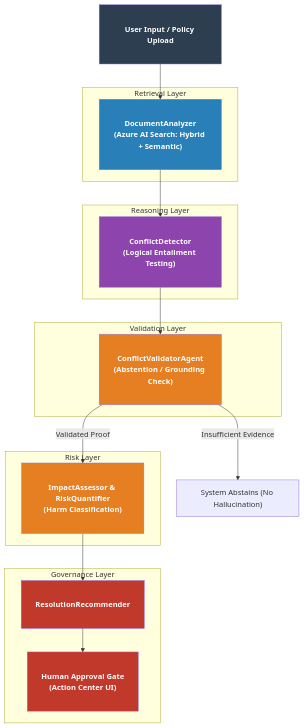
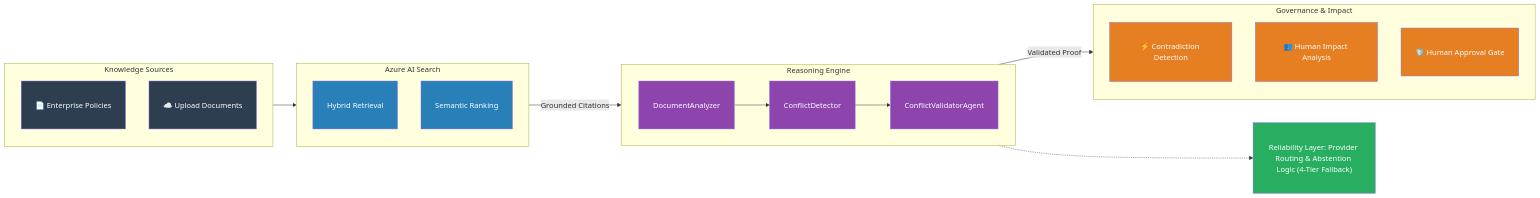
The diagram in README.md (acchasujal/conflictsense), drawn with Mermaid before and after one commit. The commit also changed other lines of this file, not shown here.

Commit message:
docs: overhaul README to use hero architecture and 4-screenshot progression

````diff
--- a/README.md
+++ b/README.md
@@ -55,44 +48,44 @@
 ```mermaid
-graph TD
+flowchart LR
     %% Styling
-    classDef user fill:#2C3E50,stroke:#none,color:#fff,font-weight:bold,padding:10px
-    classDef retrieve fill:#2980B9,stroke:#none,color:#fff,font-weight:bold,padding:10px
-    classDef reason fill:#8E44AD,stroke:#none,color:#fff,font-weight:bold,padding:10px
-    classDef validate fill:#E67E22,stroke:#none,color:#fff,font-weight:bold,padding:10px
-    classDef govern fill:#C0392B,stroke:#none,color:#fff,font-weight:bold,padding:10px
+    classDef input fill:#2C3E50,stroke:#none,color:#fff,padding:10px
+    classDef search fill:#2980B9,stroke:#none,color:#fff,padding:10px
+    classDef reason fill:#8E44AD,stroke:#none,color:#fff,padding:10px
+    classDef output fill:#E67E22,stroke:#none,color:#fff,padding:10px
+    classDef reliable fill:#27AE60,stroke:#none,color:#fff,padding:10px
 
-    %% Layers
-    INPUT["User Input / Policy Upload"]:::user
-    
-    subgraph Retrieval Layer
-        DA["DocumentAnalyzer<br/>(Azure AI Search: Hybrid + Semantic)"]:::retrieve
-    end
-    
-    subgraph Reasoning Layer
-        CD["ConflictDetector<br/>(Logical Entailment Testing)"]:::reason
-    end
-    
-    subgraph Validation Layer
-        VAL["ConflictValidatorAgent<br/>(Abstention / Grounding Check)"]:::validate
-    end
-    
-    subgraph Risk Layer
-        IA["ImpactAssessor & RiskQuantifier<br/>(Harm Classification)"]:::validate
+    %% Nodes
+    subgraph KNOWLEDGE["Knowledge Sources"]
+        direction TB
+        docs["📄 Enterprise Policies"]:::input
+        uploads["☁️ Upload Documents"]:::input
     end
 
-    subgraph Governance Layer
-        RR["ResolutionRecommender"]:::govern
-        GATE["Human Approval Gate<br/>(Action Center UI)"]:::govern
+    subgraph RETRIEVAL["Azure AI Search"]
+        direction TB
+        hybrid["Hybrid Retrieval"]:::search
+        semantic["Semantic Ranking"]:::search
     end
 
-    %% Flow
-    INPUT --> DA
-    DA --> CD
-    CD --> VAL
-    
-    VAL -- "Insufficient Evidence" --> ABSTAIN["System Abstains (No Hallucination)"]
-    VAL -- "Validated Proof" --> IA
-    
-    IA --> RR
-    RR --> GATE
+    subgraph ENGINE["Reasoning Engine"]
+        direction LR
+        DA["DocumentAnalyzer"]:::reason --> CD["ConflictDetector"]:::reason
+        CD --> VAL["ConflictValidatorAgent"]:::reason
+    end
+
+    subgraph OUTPUTS["Governance & Impact"]
+        direction TB
+        detect["⚡ Contradiction Detection"]:::output
+        impact["👥 Human Impact Analysis"]:::output
+        action["🛡️ Human Approval Gate"]:::output
+    end
+
+    %% Routing
+    KNOWLEDGE --> RETRIEVAL
+    RETRIEVAL -->|Grounded Citations| ENGINE
+    ENGINE -->|Validated Proof| OUTPUTS
+
+    %% Reliability Layer at bottom
+    RELIABLE["Reliability Layer: Provider Routing & Abstention Logic (4-Tier Fallback)"]:::reliable
+    ENGINE -.-> RELIABLE
 ```
````
